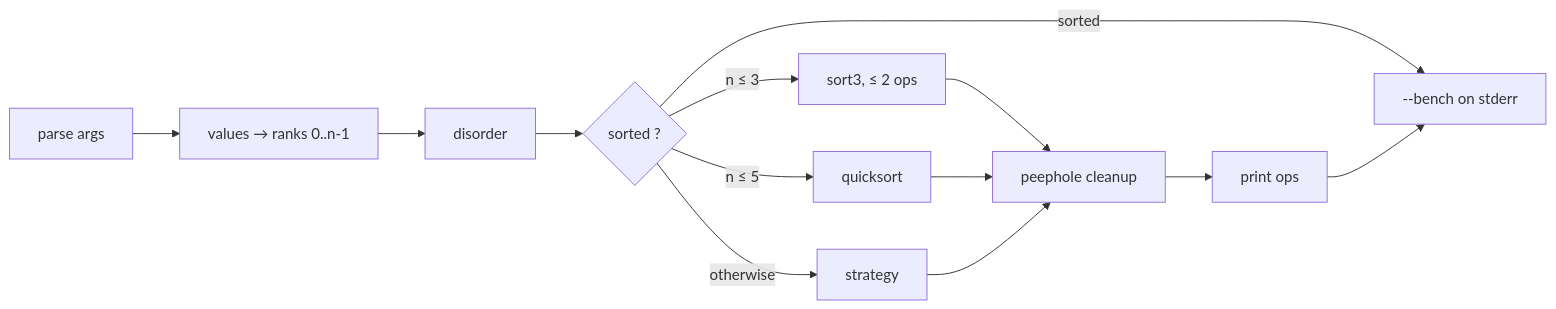
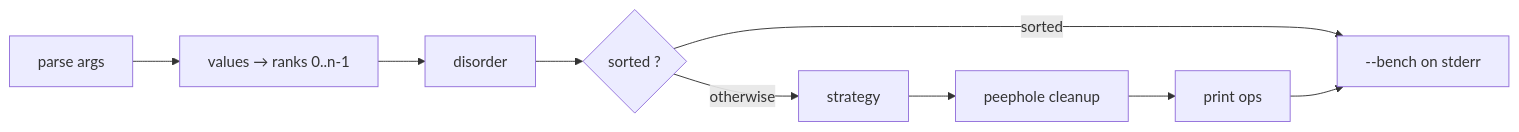
The first of 5 diagrams in README.md (NoamFav/Push_Swap), drawn with Mermaid before and after one commit. The commit also changed other lines of this file and 8 other files, not shown here.

````diff
--- a/README.md
+++ b/README.md
@@ -46,15 +46,11 @@
 ```mermaid
 flowchart LR
     A[parse args] --> B["values → ranks 0..n-1"]
     B --> C[disorder]
     C --> D{"sorted ?"}
     D -- sorted --> H
-    D -- n ≤ 3 --> S3["sort3, ≤ 2 ops"]
-    D -- n ≤ 5 --> Q[quicksort]
     D -- otherwise --> E[strategy]
-    S3 --> F
-    Q --> F
     E --> F[peephole cleanup]
     F --> G[print ops]
     G --> H["--bench on stderr"]
 ```
````
